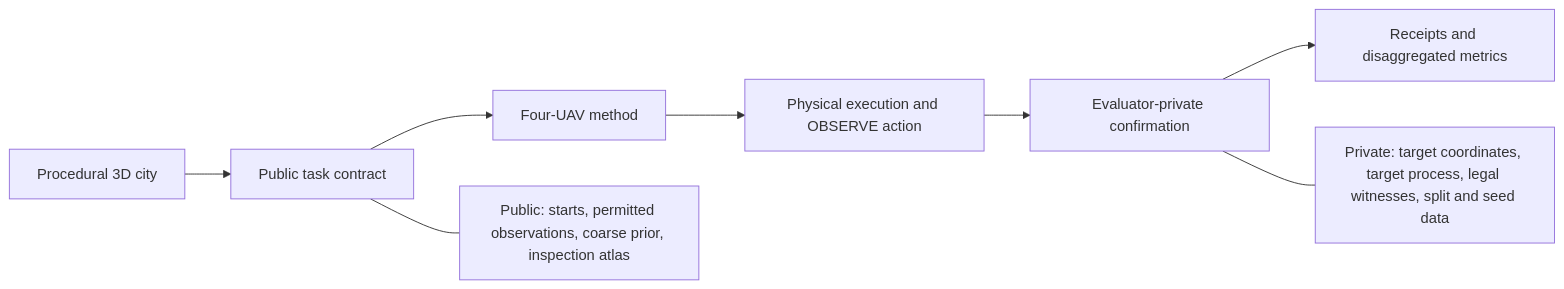
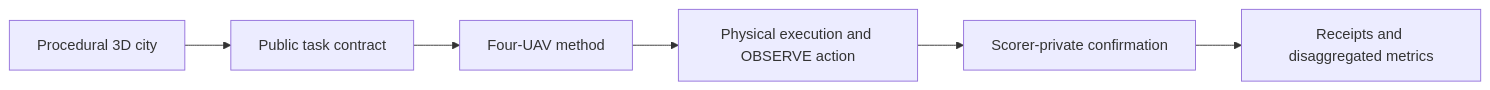
Before and after one commit to yubohann/MultiAgent-Robotics-Portfolio: the diagram in aerocity-bench/README.md, drawn with Mermaid. The commit also changed other lines of this file and 471 other files, not shown here.

````diff
--- a/aerocity-bench/README.md
+++ b/aerocity-bench/README.md
@@ -24,11 +18,8 @@
 ```mermaid
 flowchart LR
     A[Procedural 3D city] --> B[Public task contract]
     B --> C[Four-UAV method]
     C --> D[Physical execution and OBSERVE action]
-    D --> E[Evaluator-private confirmation]
+    D --> E[Scorer-private confirmation]
     E --> F[Receipts and disaggregated metrics]
-
-    B --- P[Public: starts, permitted observations, coarse prior, inspection atlas]
-    E --- Q[Private: target coordinates, target process, legal witnesses, split and seed data]
 ```
````
